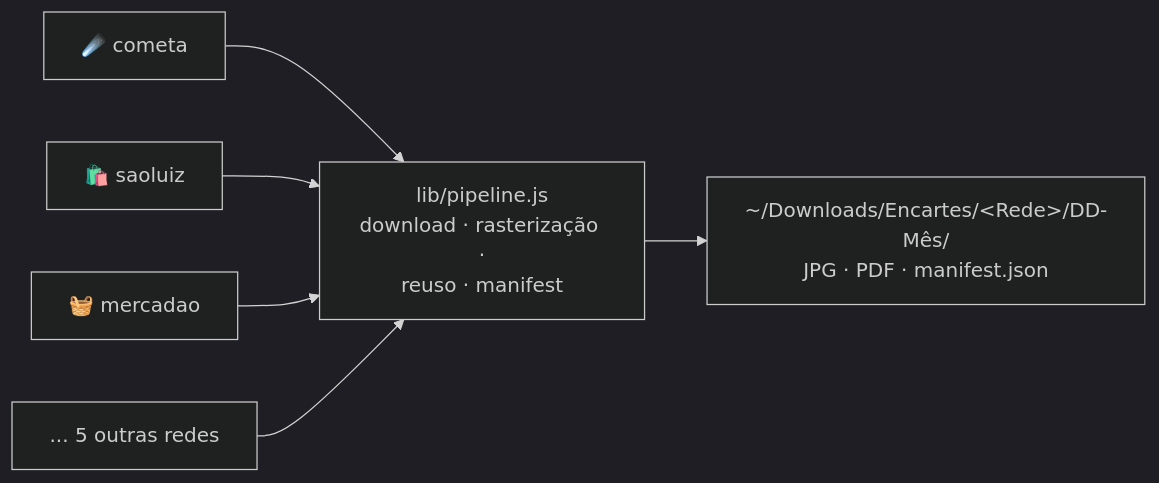
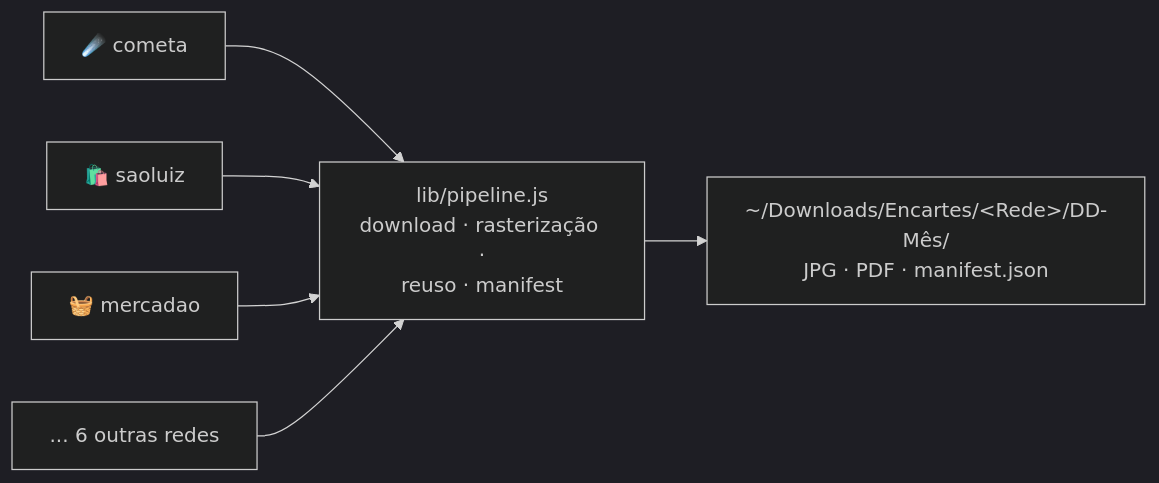
The diagram in README.md (mouraod/promocoes-supermercados-fortaleza), drawn with Mermaid (dark theme) before and after one commit. The commit also changed other lines of this file and 3 other files, not shown here.

````diff
--- a/README.md
+++ b/README.md
@@ -94,8 +95,8 @@
 ```mermaid
 flowchart LR
   C["☄️ cometa"] --> P["lib/pipeline.js<br>download · rasterização ·<br>reuso · manifest"]
   S["🛍️ saoluiz"] --> P
   M["🧺 mercadao"] --> P
-  X["... 5 outras redes"] --> P
+  X["... 6 outras redes"] --> P
   P --> O["~/Downloads/Encartes/&lt;Rede&gt;/DD-Mês/<br>JPG · PDF · manifest.json"]
 ```
````
